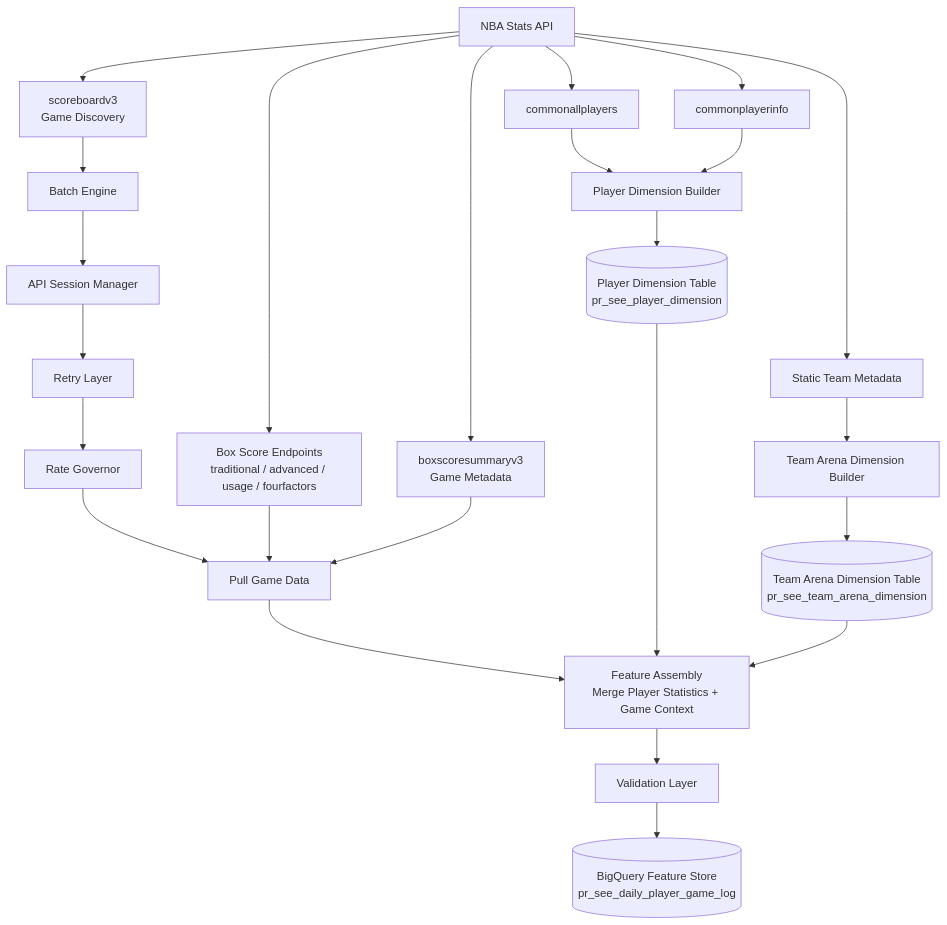
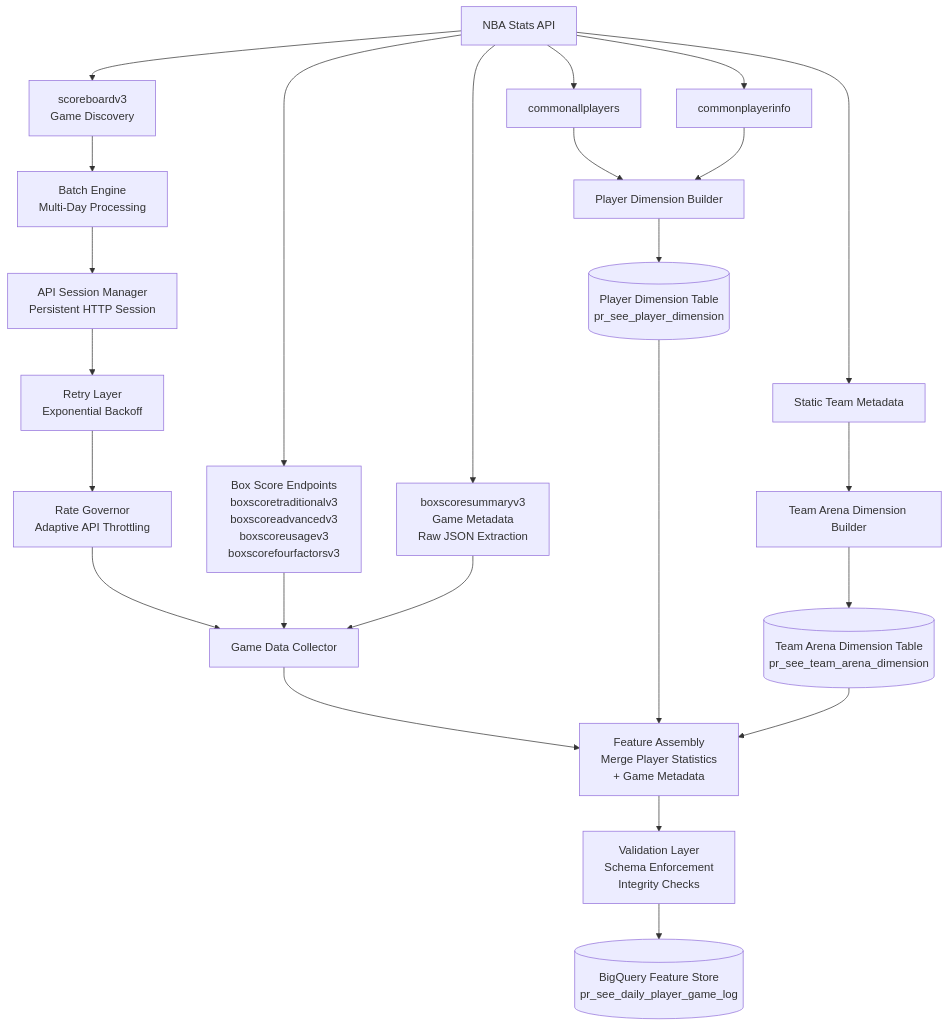
The diagram in README.md (zh412/nba-feature-store), drawn with Mermaid before and after one commit. The commit also changed other lines of this file and 10 other files, not shown here.

````diff
--- a/README.md
+++ b/README.md
@@ -58,54 +65,76 @@
 ```mermaid
 flowchart TD
+
+%% =========================================================
+%% EXTERNAL DATA SOURCE
+%% =========================================================
 
 A[NBA Stats API]
 
 %% =========================================================
-%% GAME INGESTION PIPELINE
+%% GAME DISCOVERY
 %% =========================================================
 
 A --> B1[scoreboardv3<br>Game Discovery]
-A --> B2[Box Score Endpoints<br>traditional / advanced / usage / fourfactors]
-A --> B3[boxscoresummaryv3<br>Game Metadata]
 
-B1 --> C1[Batch Engine]
-C1 --> C2[API Session Manager]
+%% =========================================================
+%% INGESTION ORCHESTRATION
+%% =========================================================
 
-C2 --> C3[Retry Layer]
-C3 --> C4[Rate Governor]
+B1 --> C1[Batch Engine<br>Multi-Day Processing]
+C1 --> C2[API Session Manager<br>Persistent HTTP Session]
+C2 --> C3[Retry Layer<br>Exponential Backoff]
+C3 --> C4[Rate Governor<br>Adaptive API Throttling]
 
-C4 --> D1[Pull Game Data]
+%% =========================================================
+%% GAME DATA COLLECTION
+%% =========================================================
+
+C4 --> D1[Game Data Collector]
+
+A --> B2[Box Score Endpoints<br>boxscoretraditionalv3<br>boxscoreadvancedv3<br>boxscoreusagev3<br>boxscorefourfactorsv3]
+
+A --> B3[boxscoresummaryv3<br>Game Metadata<br>Raw JSON Extraction]
+
 B2 --> D1
 B3 --> D1
-
-D1 --> D2[Feature Assembly<br>Merge Player Statistics + Game Context]
 
 %% =========================================================
 %% DIMENSION PIPELINES
 %% =========================================================
 
 A --> F1[commonallplayers]
 A --> F2[commonplayerinfo]
 
 F1 --> G1[Player Dimension Builder]
 F2 --> G1
 
 G1 --> H1[(Player Dimension Table<br>pr_see_player_dimension)]
 
 A --> F3[Static Team Metadata]
 
 F3 --> G2[Team Arena Dimension Builder]
 
 G2 --> H2[(Team Arena Dimension Table<br>pr_see_team_arena_dimension)]
 
 %% =========================================================
-%% FEATURE STORE
+%% FEATURE ASSEMBLY
 %% =========================================================
+
+D1 --> D2[Feature Assembly<br>Merge Player Statistics<br>+ Game Metadata]
 
 H1 --> D2
 H2 --> D2
 
-D2 --> E[Validation Layer]
+%% =========================================================
+%% DATA QUALITY LAYER
+%% =========================================================
+
+D2 --> E[Validation Layer<br>Schema Enforcement<br>Integrity Checks]
+
+%% =========================================================
+%% DATA WAREHOUSE
+%% =========================================================
 
 E --> I[(BigQuery Feature Store<br>pr_see_daily_player_game_log)]
 ```
````
